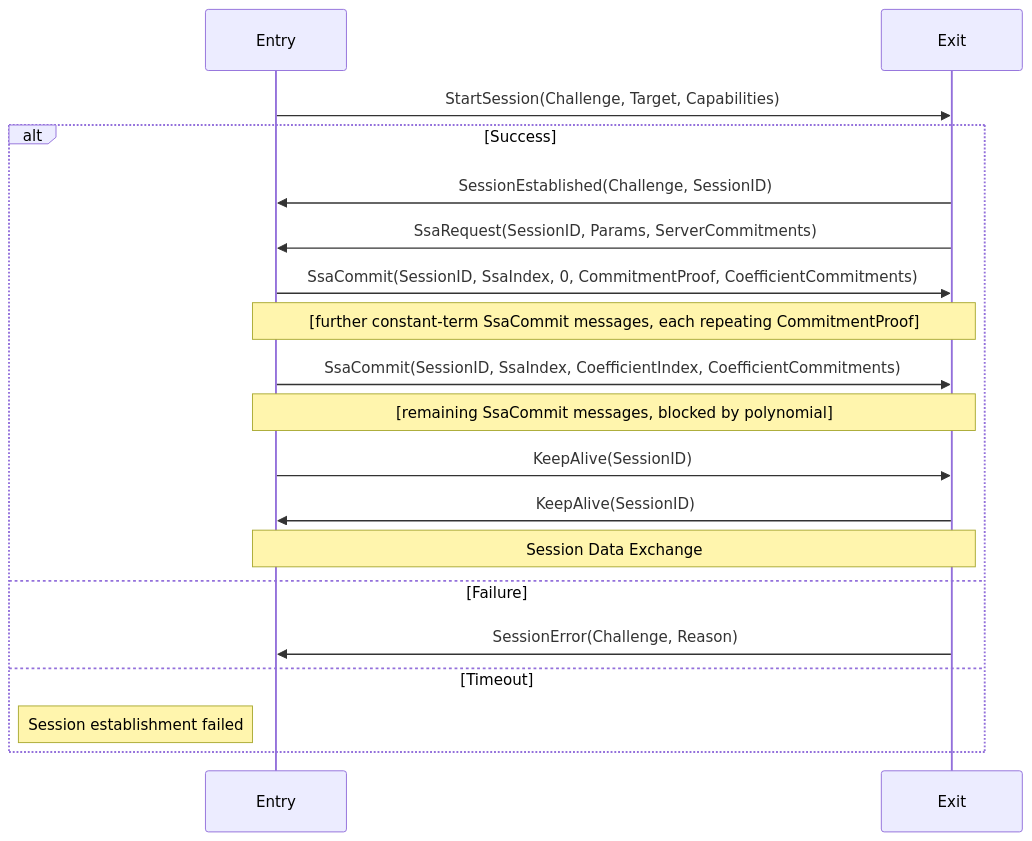
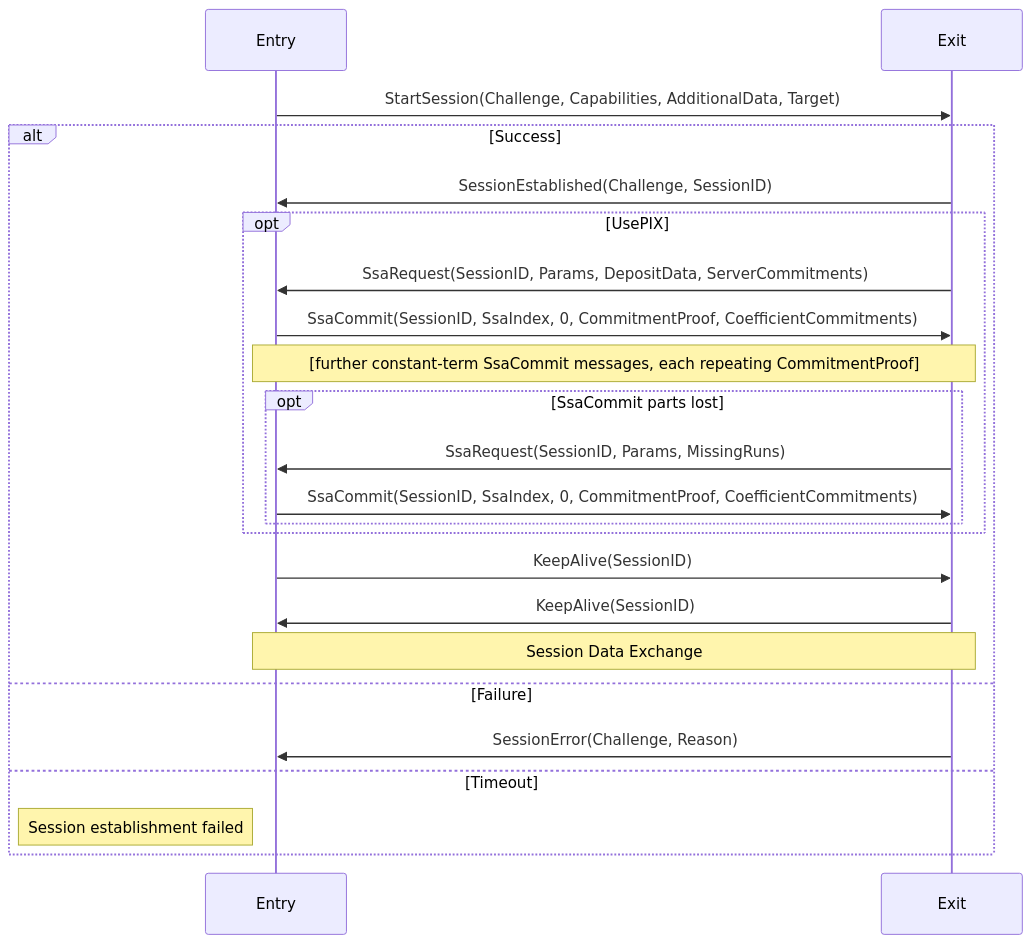
The eighth of 13 diagrams in rfcs/RFC-0009-session-start-protocol/0009-session-start-protocol.md (hoprnet/rfc), drawn with Mermaid before and after one commit. The commit also changed other lines of this file, not shown here.

First line of the commit message:
fix: update start protocol for version 4

````diff
--- a/rfcs/RFC-0009-session-start-protocol/0009-session-start-protocol.md
+++ b/rfcs/RFC-0009-session-start-protocol/0009-session-start-protocol.md
@@ -323,23 +368,27 @@
 ```mermaid
 sequenceDiagram
     participant Entry
     participant Exit
 
-    Entry->>Exit: StartSession(Challenge, Target, Capabilities)
+    Entry->>Exit: StartSession(Challenge, Capabilities, AdditionalData, Target)
 
     alt Success
         Exit->>Entry: SessionEstablished(Challenge, SessionID)
-        Exit->>Entry: SsaRequest(SessionID, Params, ServerCommitments)
-        Entry->>Exit: SsaCommit(SessionID, SsaIndex, 0, CommitmentProof, CoefficientCommitments)
-        Note over Entry,Exit: [further constant-term SsaCommit messages, each repeating CommitmentProof]
-        Entry->>Exit: SsaCommit(SessionID, SsaIndex, CoefficientIndex, CoefficientCommitments)
-        Note over Entry,Exit: [remaining SsaCommit messages, blocked by polynomial]
+        opt UsePIX
+            Exit->>Entry: SsaRequest(SessionID, Params, DepositData, ServerCommitments)
+            Entry->>Exit: SsaCommit(SessionID, SsaIndex, 0, CommitmentProof, CoefficientCommitments)
+            Note over Entry,Exit: [further constant-term SsaCommit messages, each repeating CommitmentProof]
+            opt SsaCommit parts lost
+                Exit->>Entry: SsaRequest(SessionID, Params, MissingRuns)
+                Entry->>Exit: SsaCommit(SessionID, SsaIndex, 0, CommitmentProof, CoefficientCommitments)
+            end
+        end
         Entry->>Exit: KeepAlive(SessionID)
         Exit->>Entry: KeepAlive(SessionID)
         Note over Entry,Exit: Session Data Exchange
     else Failure
         Exit->>Entry: SessionError(Challenge, Reason)
     else Timeout
         Note left of Entry: Session establishment failed
     end
 ```
````
